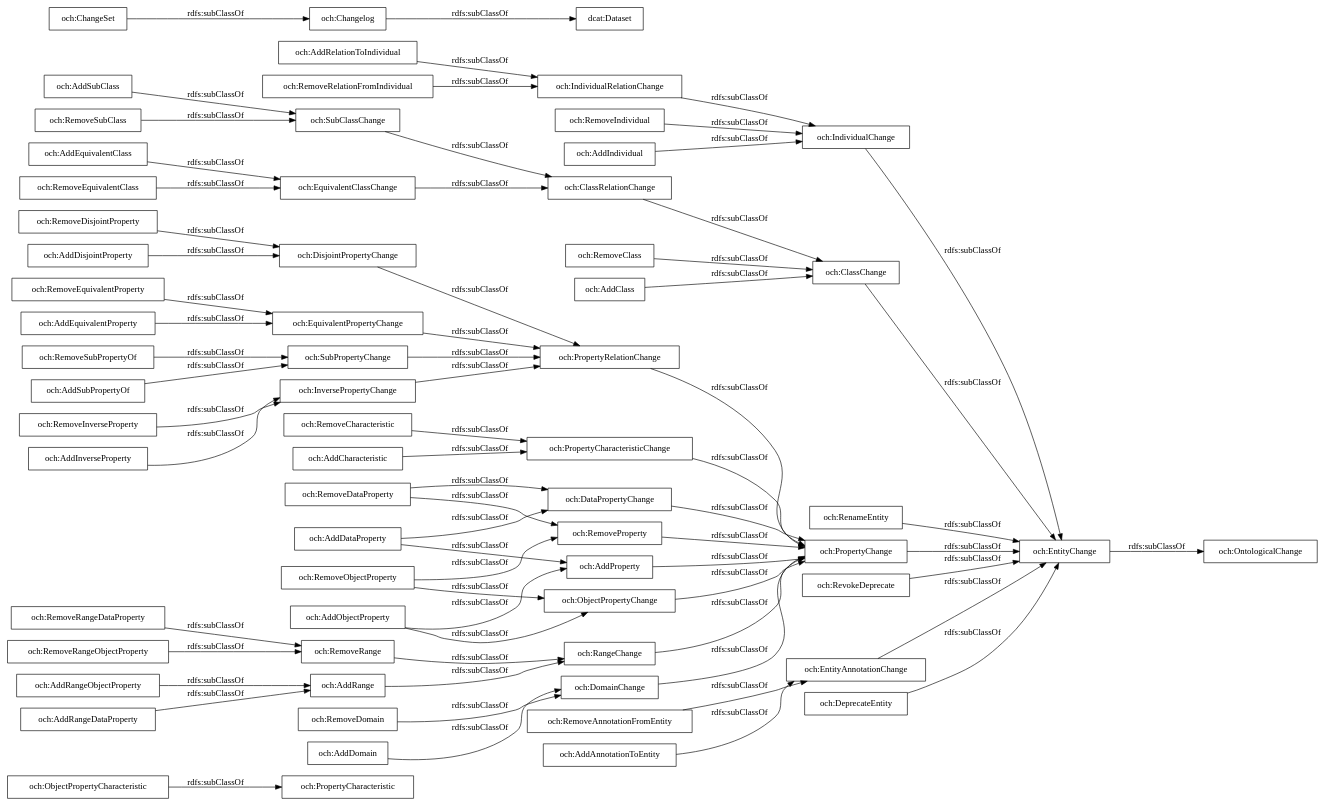
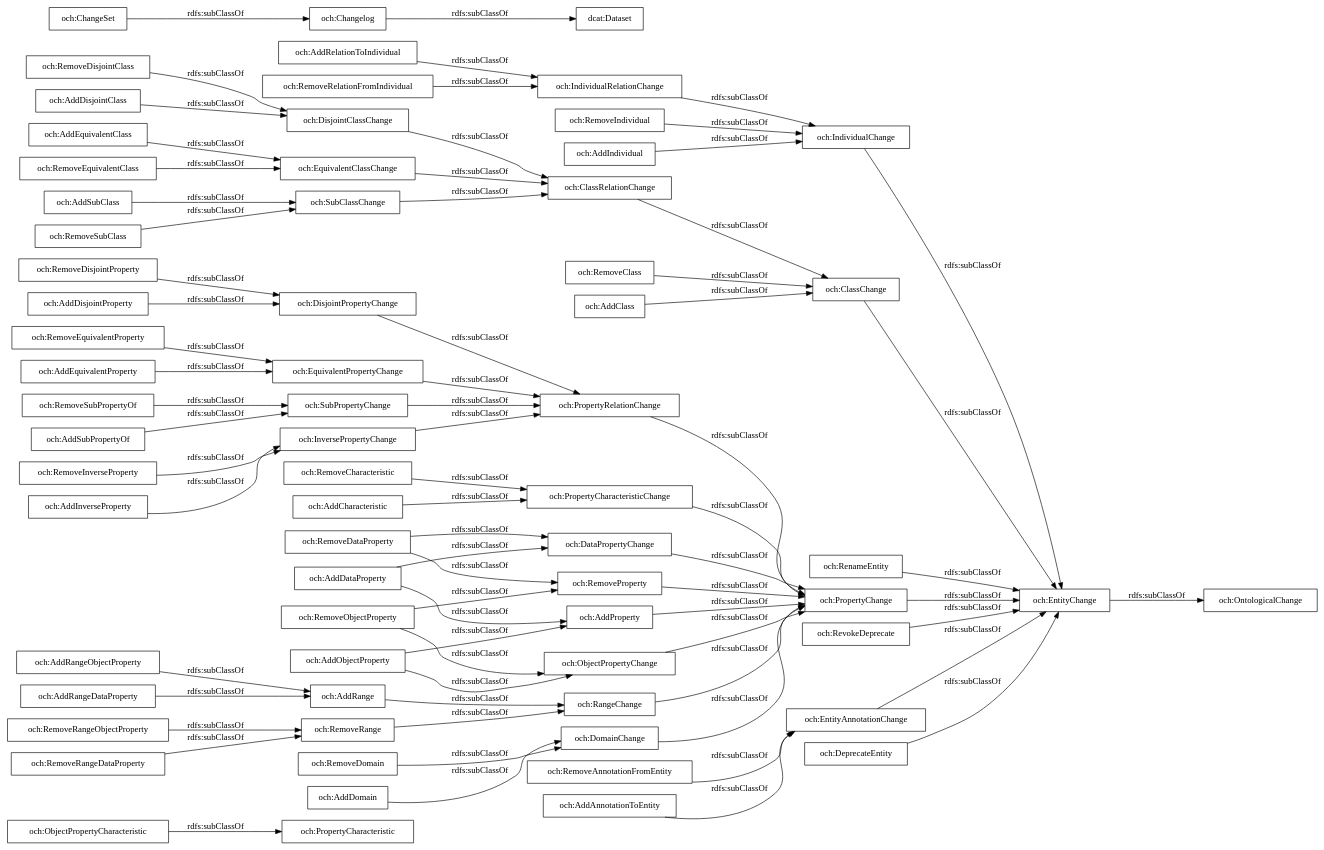
One commit to oeg-upm/OWLChangeOntology changed the diagram in OnToology/ontology/och_ontology_3.0.ttl/diagrams/ar2dtool-taxonomy/och_ontology_3.0.ttl.png.dot. Above: the diagram before and after it, drawn with Graphviz. The commit also changed 13 other files, not shown here.

```diff
--- a/OnToology/ontology/och_ontology_3.0.ttl/diagrams/ar2dtool-taxonomy/och_ontology_3.0.ttl.png.dot
+++ b/OnToology/ontology/och_ontology_3.0.ttl/diagrams/ar2dtool-taxonomy/och_ontology_3.0.ttl.png.dot
@@ -1,71 +1,74 @@
 digraph ar2dtool_diagram { 
 rankdir=LR;
 size="1000"
-node [shape = rectangle, color="black"]; "och:PropertyCharacteristic" "och:RemoveObjectProperty" "och:RemoveCharacteristic" "och:RemoveIndividual" "och:AddIndividual" "och:RemoveEquivalentProperty" "och:DisjointPropertyChange" "och:PropertyRelationChange" "och:AddRelationToIndividual" "och:IndividualChange" "och:PropertyCharacteristicChange" "och:DataPropertyChange" "och:ClassChange" "och:RangeChange" "och:RemoveClass" "och:AddSubClass" "och:AddClass" "och:RemoveDataProperty" "och:RenameEntity" "och:PropertyChange" "och:EquivalentPropertyChange" "och:ObjectPropertyChange" "och:RevokeDeprecate" "och:EntityChange" "och:SubClassChange" "och:RemoveDisjointProperty" "och:AddRangeObjectProperty" "och:AddProperty" "och:ChangeSet" "och:AddEquivalentClass" "och:AddCharacteristic" "och:RemoveInverseProperty" "och:EntityAnnotationChange" "och:RemoveEquivalentClass" "och:RemoveDomain" "och:AddDisjointProperty" "och:Changelog" "och:RemoveSubClass" "och:AddInverseProperty" "och:DeprecateEntity" "och:RemoveRelationFromIndividual" "och:AddEquivalentProperty" "och:RemoveAnnotationFromEntity" "och:SubPropertyChange" "och:RemoveProperty" "och:ClassRelationChange" "och:AddDataProperty" "och:DomainChange" "och:AddAnnotationToEntity" "och:EquivalentClassChange" "och:IndividualRelationChange" "och:AddObjectProperty" "och:RemoveRange" "dcat:Dataset" "och:RemoveSubPropertyOf" "och:AddDomain" "och:AddSubPropertyOf" "och:AddRange" "och:InversePropertyChange" "och:OntologicalChange" "och:AddRangeDataProperty" "och:ObjectPropertyCharacteristic" "och:RemoveRangeDataProperty" "och:RemoveRangeObjectProperty" ; /*classes style*/
+node [shape = rectangle, color="black"]; "och:PropertyCharacteristic" "och:RemoveObjectProperty" "och:RemoveCharacteristic" "och:RemoveIndividual" "och:AddIndividual" "och:RemoveEquivalentProperty" "och:DisjointPropertyChange" "och:PropertyRelationChange" "och:AddRelationToIndividual" "och:IndividualChange" "och:PropertyCharacteristicChange" "och:DataPropertyChange" "och:ClassChange" "och:RangeChange" "och:RemoveClass" "och:AddSubClass" "och:AddClass" "och:RemoveDataProperty" "och:RenameEntity" "och:PropertyChange" "och:RemoveDisjointClass" "och:EquivalentPropertyChange" "och:ObjectPropertyChange" "och:RevokeDeprecate" "och:EntityChange" "och:SubClassChange" "och:RemoveDisjointProperty" "och:AddRangeObjectProperty" "och:AddProperty" "och:ChangeSet" "och:AddEquivalentClass" "och:AddCharacteristic" "och:RemoveInverseProperty" "och:EntityAnnotationChange" "och:RemoveEquivalentClass" "och:DisjointClassChange" "och:RemoveDomain" "och:AddDisjointProperty" "och:Changelog" "och:RemoveSubClass" "och:AddInverseProperty" "och:DeprecateEntity" "och:RemoveRelationFromIndividual" "och:AddEquivalentProperty" "och:RemoveAnnotationFromEntity" "och:SubPropertyChange" "och:RemoveProperty" "och:AddDisjointClass" "och:ClassRelationChange" "och:AddDataProperty" "och:DomainChange" "och:AddAnnotationToEntity" "och:EquivalentClassChange" "och:IndividualRelationChange" "och:AddObjectProperty" "och:RemoveRange" "dcat:Dataset" "och:RemoveSubPropertyOf" "och:AddDomain" "och:AddSubPropertyOf" "och:AddRange" "och:InversePropertyChange" "och:OntologicalChange" "och:AddRangeDataProperty" "och:ObjectPropertyCharacteristic" "och:RemoveRangeObjectProperty" "och:RemoveRangeDataProperty" ; /*classes style*/
 	"och:RemoveDomain" -> "och:DomainChange" [ label = "rdfs:subClassOf" ];
 	"och:PropertyChange" -> "och:EntityChange" [ label = "rdfs:subClassOf" ];
 	"och:RemoveRangeObjectProperty" -> "och:RemoveRange" [ label = "rdfs:subClassOf" ];
 	"och:Changelog" -> "dcat:Dataset" [ label = "rdfs:subClassOf" ];
 	"och:PropertyRelationChange" -> "och:PropertyChange" [ label = "rdfs:subClassOf" ];
 	"och:AddCharacteristic" -> "och:PropertyCharacteristicChange" [ label = "rdfs:subClassOf" ];
 	"och:RemoveClass" -> "och:ClassChange" [ label = "rdfs:subClassOf" ];
 	"och:SubClassChange" -> "och:ClassRelationChange" [ label = "rdfs:subClassOf" ];
 	"och:RemoveDataProperty" -> "och:DataPropertyChange" [ label = "rdfs:subClassOf" ];
 	"och:RemoveDataProperty" -> "och:RemoveProperty" [ label = "rdfs:subClassOf" ];
 	"och:RemoveDisjointProperty" -> "och:DisjointPropertyChange" [ label = "rdfs:subClassOf" ];
 	"och:AddRangeObjectProperty" -> "och:AddRange" [ label = "rdfs:subClassOf" ];
 	"och:ChangeSet" -> "och:Changelog" [ label = "rdfs:subClassOf" ];
 	"och:AddObjectProperty" -> "och:AddProperty" [ label = "rdfs:subClassOf" ];
 	"och:AddObjectProperty" -> "och:ObjectPropertyChange" [ label = "rdfs:subClassOf" ];
 	"och:AddIndividual" -> "och:IndividualChange" [ label = "rdfs:subClassOf" ];
 	"och:AddRangeDataProperty" -> "och:AddRange" [ label = "rdfs:subClassOf" ];
 	"och:AddInverseProperty" -> "och:InversePropertyChange" [ label = "rdfs:subClassOf" ];
 	"och:IndividualRelationChange" -> "och:IndividualChange" [ label = "rdfs:subClassOf" ];
 	"och:RemoveAnnotationFromEntity" -> "och:EntityAnnotationChange" [ label = "rdfs:subClassOf" ];
 	"och:DisjointPropertyChange" -> "och:PropertyRelationChange" [ label = "rdfs:subClassOf" ];
 	"och:AddClass" -> "och:ClassChange" [ label = "rdfs:subClassOf" ];
 	"och:EntityAnnotationChange" -> "och:EntityChange" [ label = "rdfs:subClassOf" ];
 	"och:RemoveInverseProperty" -> "och:InversePropertyChange" [ label = "rdfs:subClassOf" ];
 	"och:EntityChange" -> "och:OntologicalChange" [ label = "rdfs:subClassOf" ];
 	"och:AddDataProperty" -> "och:AddProperty" [ label = "rdfs:subClassOf" ];
 	"och:AddDataProperty" -> "och:DataPropertyChange" [ label = "rdfs:subClassOf" ];
 	"och:RemoveEquivalentClass" -> "och:EquivalentClassChange" [ label = "rdfs:subClassOf" ];
 	"och:AddDisjointProperty" -> "och:DisjointPropertyChange" [ label = "rdfs:subClassOf" ];
 	"och:RemoveRange" -> "och:RangeChange" [ label = "rdfs:subClassOf" ];
 	"och:AddAnnotationToEntity" -> "och:EntityAnnotationChange" [ label = "rdfs:subClassOf" ];
 	"och:AddEquivalentProperty" -> "och:EquivalentPropertyChange" [ label = "rdfs:subClassOf" ];
 	"och:RemoveIndividual" -> "och:IndividualChange" [ label = "rdfs:subClassOf" ];
 	"och:RemoveProperty" -> "och:PropertyChange" [ label = "rdfs:subClassOf" ];
 	"och:AddEquivalentClass" -> "och:EquivalentClassChange" [ label = "rdfs:subClassOf" ];
 	"och:DeprecateEntity" -> "och:EntityChange" [ label = "rdfs:subClassOf" ];
 	"och:DataPropertyChange" -> "och:PropertyChange" [ label = "rdfs:subClassOf" ];
 	"och:RemoveSubClass" -> "och:SubClassChange" [ label = "rdfs:subClassOf" ];
 	"och:RemoveEquivalentProperty" -> "och:EquivalentPropertyChange" [ label = "rdfs:subClassOf" ];
 	"och:SubPropertyChange" -> "och:PropertyRelationChange" [ label = "rdfs:subClassOf" ];
 	"och:RenameEntity" -> "och:EntityChange" [ label = "rdfs:subClassOf" ];
+	"och:AddDisjointClass" -> "och:DisjointClassChange" [ label = "rdfs:subClassOf" ];
 	"och:ObjectPropertyCharacteristic" -> "och:PropertyCharacteristic" [ label = "rdfs:subClassOf" ];
 	"och:PropertyCharacteristicChange" -> "och:PropertyChange" [ label = "rdfs:subClassOf" ];
 	"och:RemoveRangeDataProperty" -> "och:RemoveRange" [ label = "rdfs:subClassOf" ];
+	"och:RemoveDisjointClass" -> "och:DisjointClassChange" [ label = "rdfs:subClassOf" ];
 	"och:RevokeDeprecate" -> "och:EntityChange" [ label = "rdfs:subClassOf" ];
 	"och:DomainChange" -> "och:PropertyChange" [ label = "rdfs:subClassOf" ];
 	"och:RemoveObjectProperty" -> "och:ObjectPropertyChange" [ label = "rdfs:subClassOf" ];
 	"och:RemoveObjectProperty" -> "och:RemoveProperty" [ label = "rdfs:subClassOf" ];
 	"och:AddSubPropertyOf" -> "och:SubPropertyChange" [ label = "rdfs:subClassOf" ];
 	"och:AddProperty" -> "och:PropertyChange" [ label = "rdfs:subClassOf" ];
 	"och:EquivalentPropertyChange" -> "och:PropertyRelationChange" [ label = "rdfs:subClassOf" ];
 	"och:ClassRelationChange" -> "och:ClassChange" [ label = "rdfs:subClassOf" ];
 	"och:ClassChange" -> "och:EntityChange" [ label = "rdfs:subClassOf" ];
 	"och:AddRange" -> "och:RangeChange" [ label = "rdfs:subClassOf" ];
 	"och:AddSubClass" -> "och:SubClassChange" [ label = "rdfs:subClassOf" ];
 	"och:AddDomain" -> "och:DomainChange" [ label = "rdfs:subClassOf" ];
 	"och:IndividualChange" -> "och:EntityChange" [ label = "rdfs:subClassOf" ];
 	"och:RemoveSubPropertyOf" -> "och:SubPropertyChange" [ label = "rdfs:subClassOf" ];
 	"och:AddRelationToIndividual" -> "och:IndividualRelationChange" [ label = "rdfs:subClassOf" ];
 	"och:RangeChange" -> "och:PropertyChange" [ label = "rdfs:subClassOf" ];
 	"och:RemoveRelationFromIndividual" -> "och:IndividualRelationChange" [ label = "rdfs:subClassOf" ];
 	"och:InversePropertyChange" -> "och:PropertyRelationChange" [ label = "rdfs:subClassOf" ];
 	"och:ObjectPropertyChange" -> "och:PropertyChange" [ label = "rdfs:subClassOf" ];
 	"och:RemoveCharacteristic" -> "och:PropertyCharacteristicChange" [ label = "rdfs:subClassOf" ];
 	"och:EquivalentClassChange" -> "och:ClassRelationChange" [ label = "rdfs:subClassOf" ];
+	"och:DisjointClassChange" -> "och:ClassRelationChange" [ label = "rdfs:subClassOf" ];
 
 }
```
